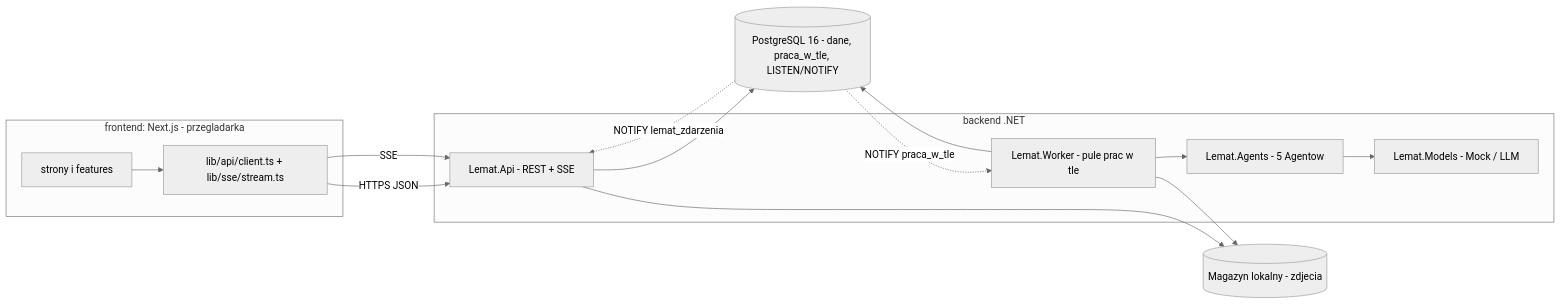
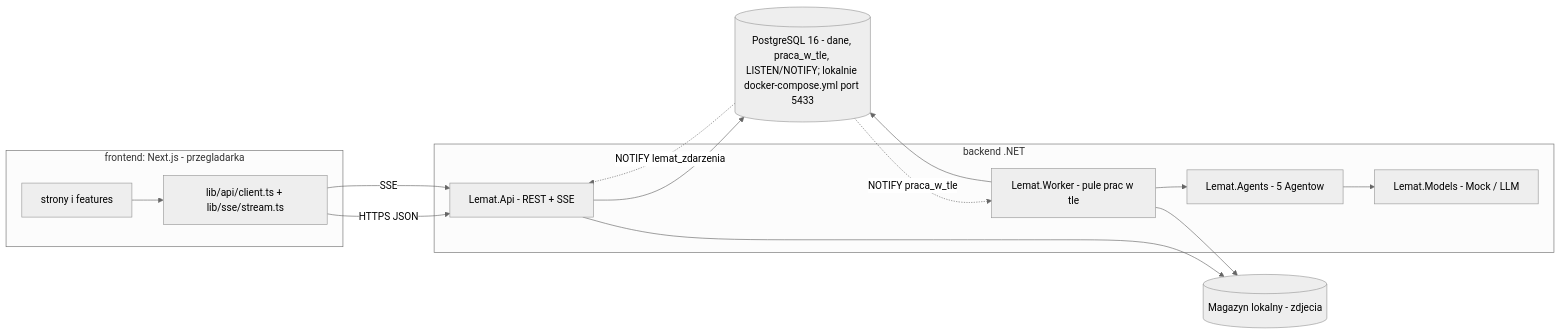
Before and after one commit to misterekkk/lemat: the second of 4 diagrams in docs/CODEBASE_MAP.md, drawn with Mermaid (neutral theme). The commit also changed other lines of this file and 11 other files, not shown here.

First line of the commit message:
feat(TASK-005): docker-compose with PostgreSQL 16, .env.example, database scripts + updated codebase map & handoff

````diff
--- a/docs/CODEBASE_MAP.md
+++ b/docs/CODEBASE_MAP.md
@@ -181,26 +181,26 @@
 ```mermaid
 flowchart LR
     subgraph FE["frontend: Next.js - przegladarka"]
         PAGES["strony i features"]
         CLIENT["lib/api/client.ts + lib/sse/stream.ts"]
     end
     subgraph BE["backend .NET"]
         API["Lemat.Api - REST + SSE"]
         WRK["Lemat.Worker - pule prac w tle"]
         AGENTS["Lemat.Agents - 5 Agentow"]
         MODELS["Lemat.Models - Mock / LLM"]
     end
-    PG[("PostgreSQL 16 - dane, praca_w_tle, LISTEN/NOTIFY")]
+    PG[("PostgreSQL 16 - dane, praca_w_tle, LISTEN/NOTIFY; lokalnie docker-compose.yml port 5433")]
     FS[("Magazyn lokalny - zdjecia")]
     PAGES --> CLIENT
     CLIENT -->|"HTTPS JSON"| API
     CLIENT -->|"SSE"| API
     API --> PG
     API --> FS
     WRK --> PG
     WRK --> FS
     WRK --> AGENTS
     AGENTS --> MODELS
     PG -. "NOTIFY praca_w_tle" .-> WRK
     PG -. "NOTIFY lemat_zdarzenia" .-> API
 ```
````
